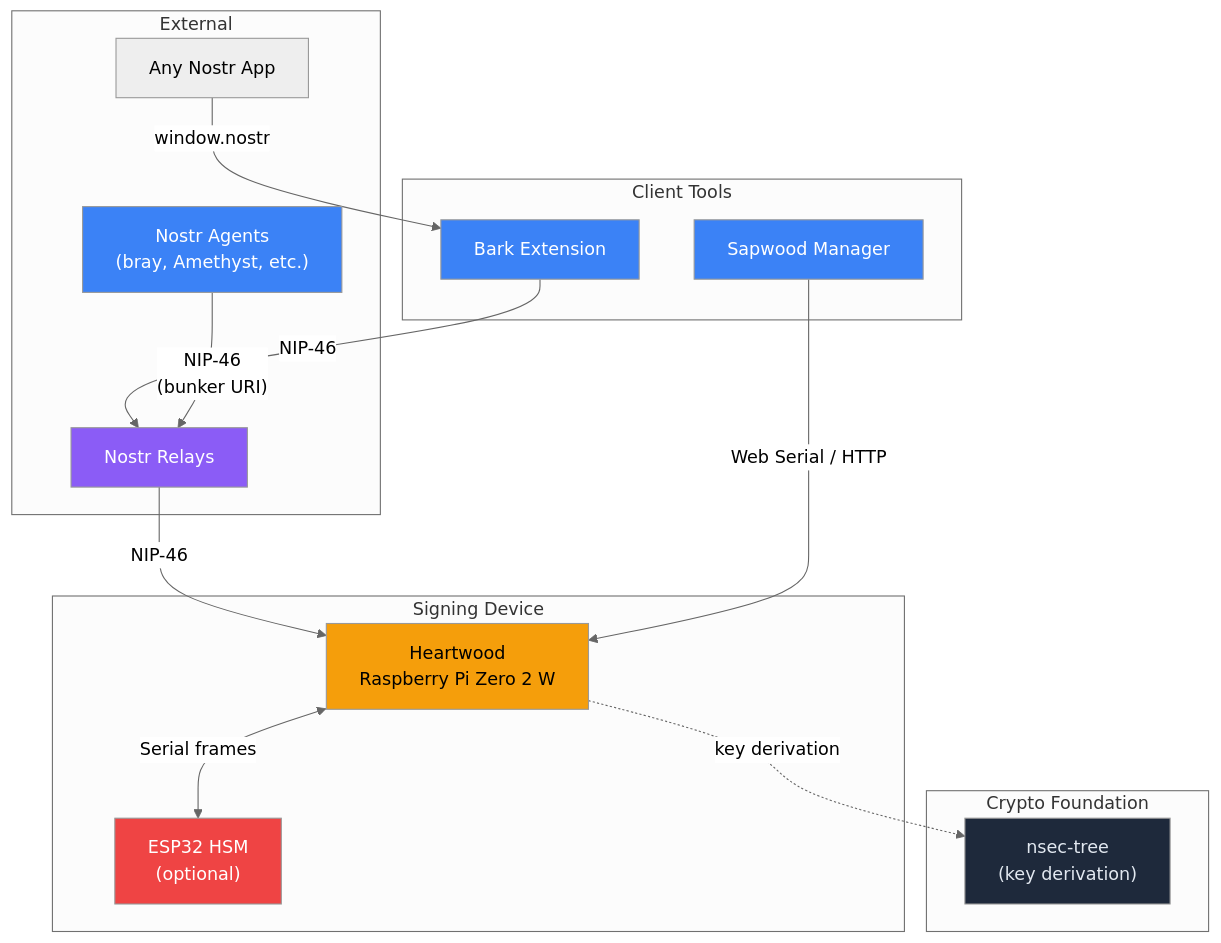
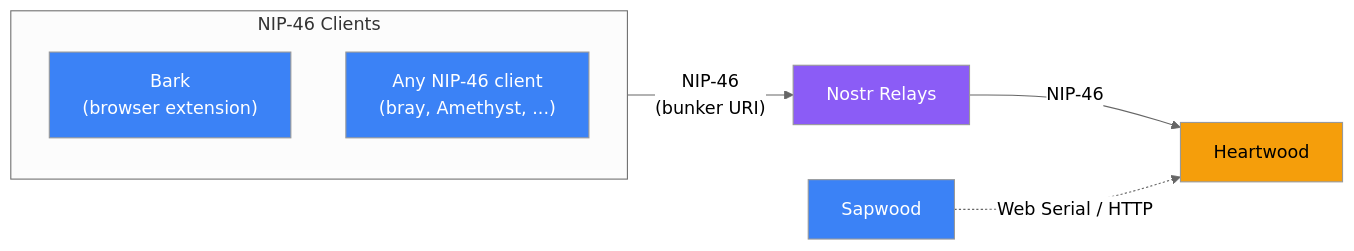
Before and after one commit to forgesworn/heartwood: the first of 7 diagrams in docs/ECOSYSTEM.md, drawn with Mermaid (neutral theme). The commit also changed other lines of this file, not shown here.

````diff
--- a/docs/ECOSYSTEM.md
+++ b/docs/ECOSYSTEM.md
@@ -7,38 +7,22 @@
 ```mermaid
-graph TB
-    subgraph External["External"]
-        WA["Any Nostr App"]
-        AG["Nostr Agents<br/>(bray, Amethyst, etc.)"]
-        Relay["Nostr Relays"]
+graph LR
+    subgraph Clients["NIP-46 Clients"]
+        Bark["Bark<br/>(browser extension)"]
+        AG["Any NIP-46 client<br/>(bray, Amethyst, ...)"]
     end
 
-    subgraph ClientLayer["Client Tools"]
-        Bark["Bark Extension"]
-        Sapwood["Sapwood Manager"]
-    end
+    Relay["Nostr Relays"]
 
-    subgraph DeviceLayer["Signing Device"]
-        HW["Heartwood<br/>Raspberry Pi Zero 2 W"]
-        ESP["ESP32 HSM<br/>(optional)"]
-    end
+    HW["Heartwood"]
 
-    subgraph CryptoLayer["Crypto Foundation"]
-        NT["nsec-tree<br/>(key derivation)"]
-    end
+    Clients -->|"NIP-46<br/>(bunker URI)"| Relay
+    Relay -->|"NIP-46"| HW
 
-    WA -->|"window.nostr"| Bark
-    Bark -->|"NIP-46"| Relay
-    AG -->|"NIP-46<br/>(bunker URI)"| Relay
-    Relay -->|"NIP-46"| HW
-    Sapwood -->|"Web Serial / HTTP"| HW
-    HW <-->|"Serial frames"| ESP
-    HW -.->|"key derivation"| NT
+    Sapwood["Sapwood"] -.->|"Web Serial / HTTP"| HW
 
     style Bark fill:#3b82f6,color:#fff
+    style AG fill:#3b82f6,color:#fff
+    style Relay fill:#8b5cf6,color:#fff
+    style HW fill:#f59e0b,color:#000
     style Sapwood fill:#3b82f6,color:#fff
-    style AG fill:#3b82f6,color:#fff
-    style HW fill:#f59e0b,color:#000
-    style ESP fill:#ef4444,color:#fff
-    style NT fill:#1e293b,color:#e2e8f0
-    style Relay fill:#8b5cf6,color:#fff
 ```
````
